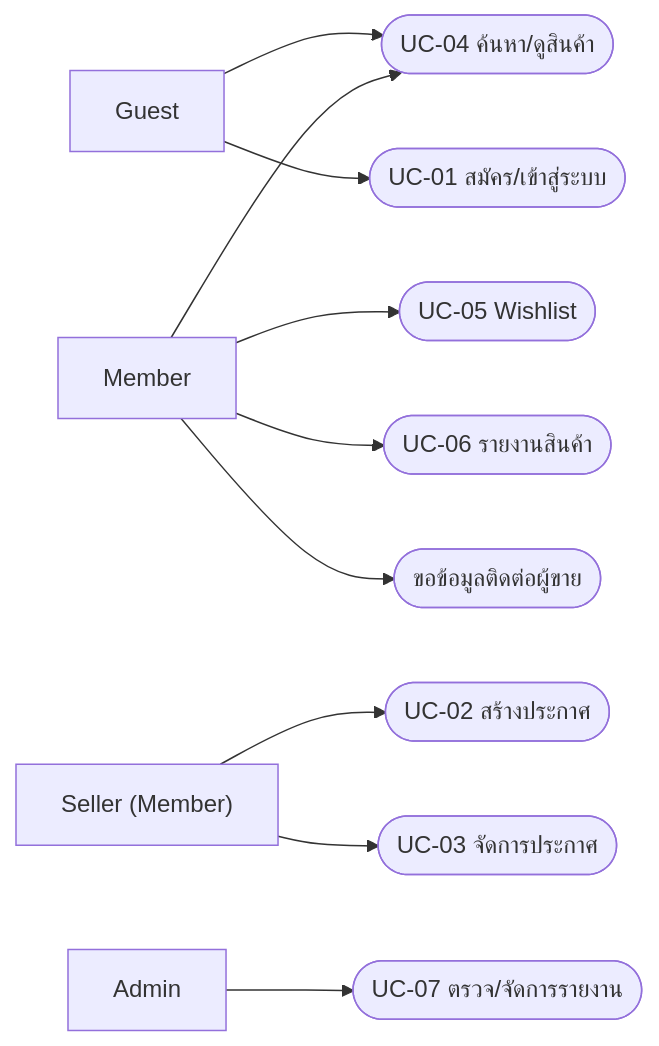
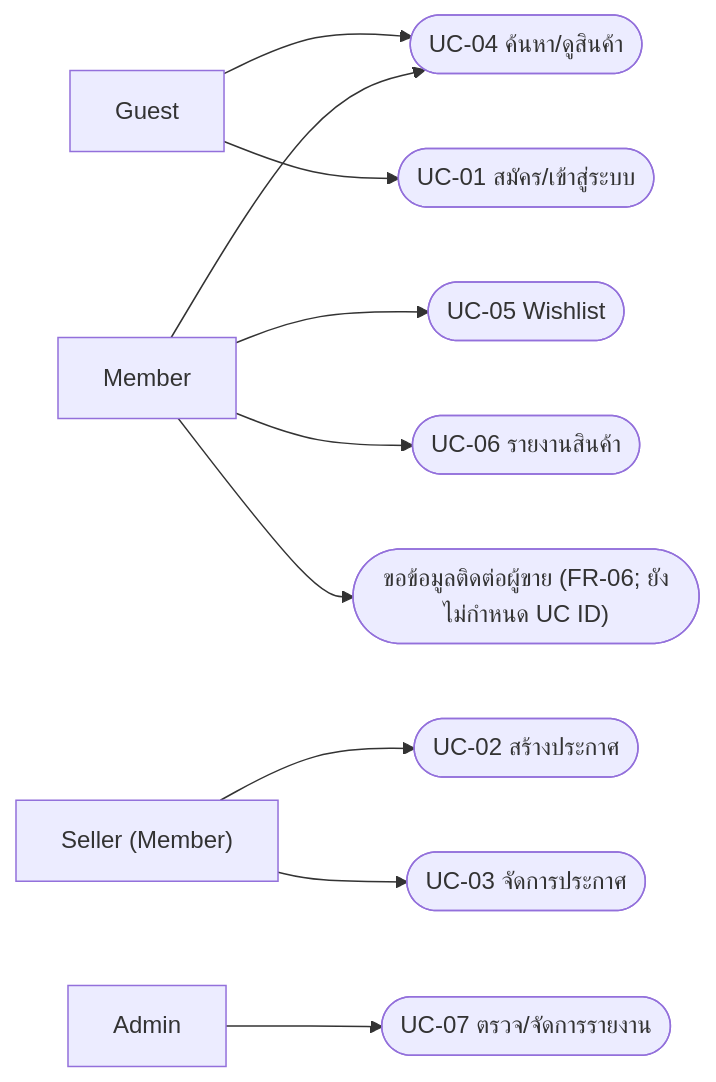
One commit to maneekongritphichayaporn-creator/UniTrade changed the fourth of 8 diagrams in docs/REPORT-SE-UNITRADE.md. Above: the diagram before and after it, drawn with Mermaid. The commit also changed other lines of this file, not shown here.

````diff
--- a/docs/REPORT-SE-UNITRADE.md
+++ b/docs/REPORT-SE-UNITRADE.md
@@ -449,24 +439,24 @@
 ```mermaid
 flowchart LR
     guest["Guest"]
     member["Member"]
     seller["Seller (Member)"]
     admin["Admin"]
     browse(["UC-04 ค้นหา/ดูสินค้า"])
     register(["UC-01 สมัคร/เข้าสู่ระบบ"])
     create(["UC-02 สร้างประกาศ"])
     manage(["UC-03 จัดการประกาศ"])
     wish(["UC-05 Wishlist"])
     report(["UC-06 รายงานสินค้า"])
     moderate(["UC-07 ตรวจ/จัดการรายงาน"])
-    contact(["ขอข้อมูลติดต่อผู้ขาย"])
+    contact(["ขอข้อมูลติดต่อผู้ขาย (FR-06; ยังไม่กำหนด UC ID)"])
     guest --> browse
     guest --> register
     member --> browse
     member --> wish
     member --> report
     member --> contact
     seller --> create
     seller --> manage
     admin --> moderate
 ```
````
